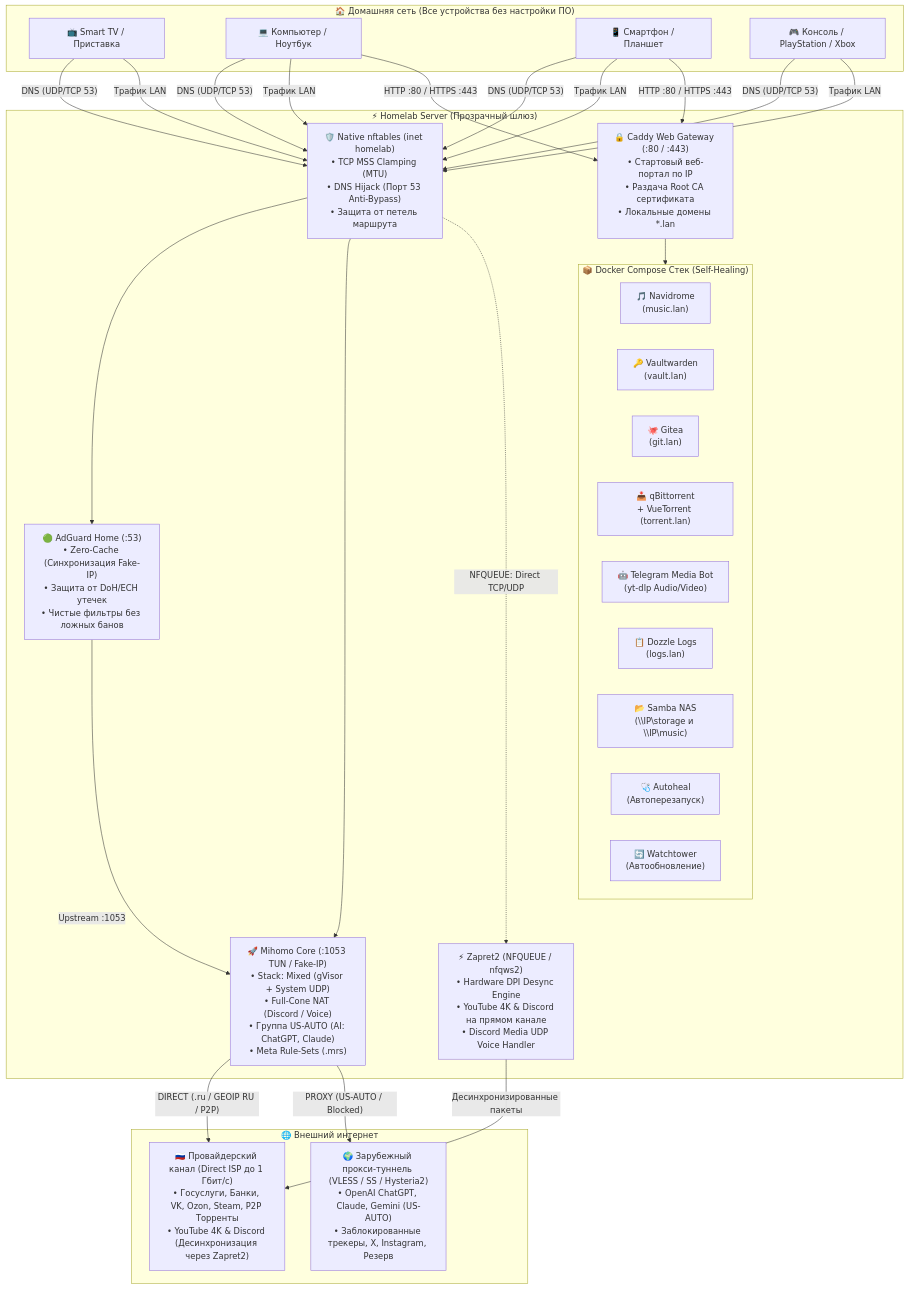
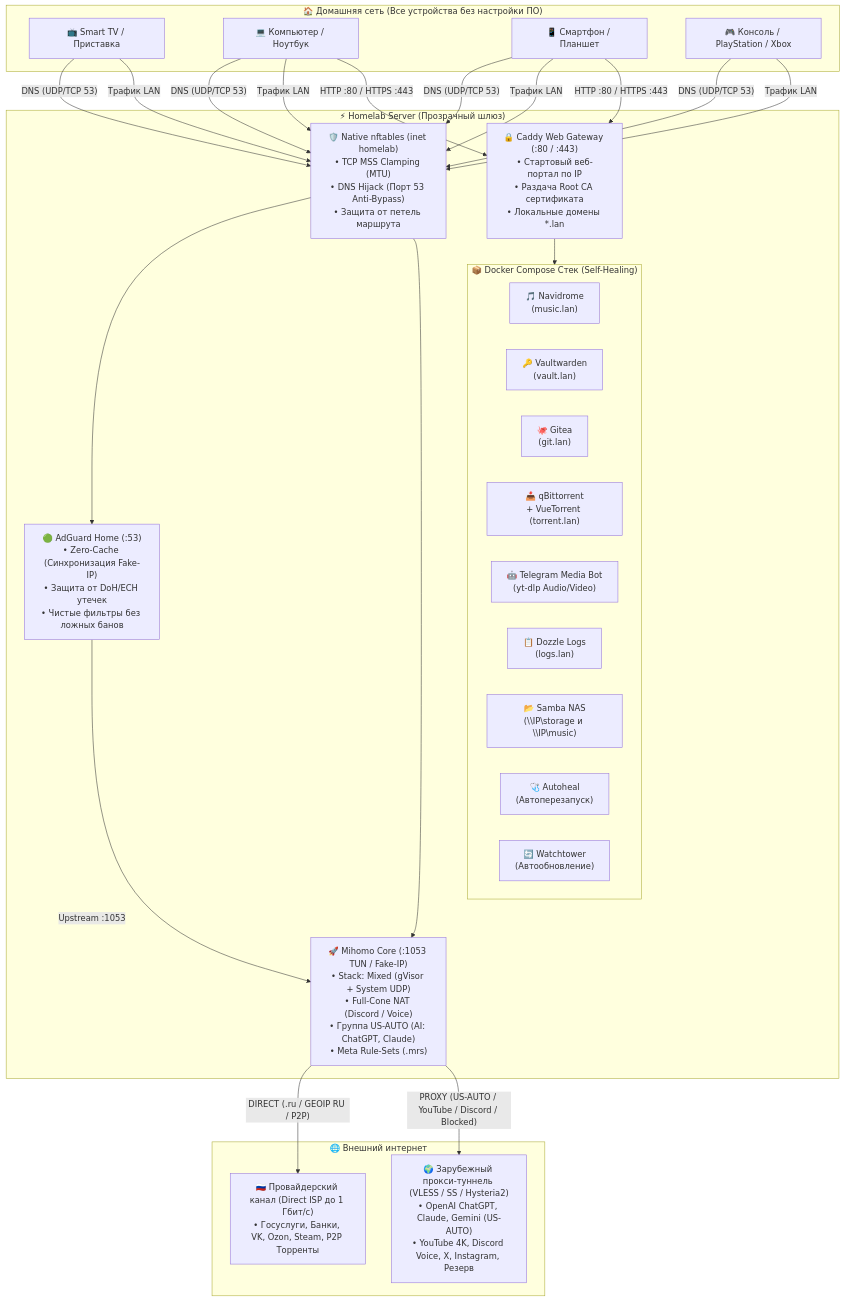
One commit to unknownpeace/Medal changed the diagram in README.md. Above: the diagram before and after it, drawn with Mermaid. The commit also changed other lines of this file and 10 other files, not shown here.

````diff
--- a/README.md
+++ b/README.md
@@ -76,53 +72,49 @@
 ```mermaid
 flowchart TD
     subgraph LAN[" 🏠 Домашняя сеть (Все устройства без настройки ПО) "]
         TV["📺 Smart TV / Приставка"]
         PC["💻 Компьютер / Ноутбук"]
         PHONE["📱 Смартфон / Планшет"]
         CONSOLE["🎮 Консоль / PlayStation / Xbox"]
     end
 
     subgraph SERVER[" ⚡ Homelab Server (Прозрачный шлюз) "]
         NFT["🛡️ Native nftables (inet homelab)<br/>• TCP MSS Clamping (MTU)<br/>• DNS Hijack (Порт 53 Anti-Bypass)<br/>• Защита от петель маршрута"]
         
         AGH["🟢 AdGuard Home (:53)<br/>• Zero-Cache (Синхронизация Fake-IP)<br/>• Защита от DoH/ECH утечек<br/>• Чистые фильтры без ложных банов"]
         
         MIHOMO["🚀 Mihomo Core (:1053 TUN / Fake-IP)<br/>• Stack: Mixed (gVisor + System UDP)<br/>• Full-Cone NAT (Discord / Voice)<br/>• Группа US-AUTO (AI: ChatGPT, Claude)<br/>• Meta Rule-Sets (.mrs)"]
-        
-        ZAPRET["⚡ Zapret2 (NFQUEUE / nfqws2)<br/>• Hardware DPI Desync Engine<br/>• YouTube 4K & Discord на прямом канале<br/>• Discord Media UDP Voice Handler"]
 
         CADDY["🔒 Caddy Web Gateway (:80 / :443)<br/>• Стартовый веб-портал по IP<br/>• Раздача Root CA сертификата<br/>• Локальные домены *.lan"]
 
         subgraph APPS[" 📦 Docker Compose Стек (Self-Healing) "]
             NAVI["🎵 Navidrome<br/>(music.lan)"]
             VW["🔑 Vaultwarden<br/>(vault.lan)"]
             GIT["🐙 Gitea<br/>(git.lan)"]
             QBIT["📥 qBittorrent<br/>+ VueTorrent (torrent.lan)"]
             BOT["🤖 Telegram Media Bot<br/>(yt-dlp Audio/Video)"]
             DOZZLE["📋 Dozzle Logs<br/>(logs.lan)"]
             SMB["📂 Samba NAS<br/>(\\IP\storage и \\IP\music)"]
             HEAL["🩺 Autoheal<br/>(Автоперезапуск)"]
             WT["🔄 Watchtower<br/>(Автообновление)"]
         end
     end
 
     subgraph INTERNET[" 🌐 Внешний интернет "]
-        DIRECT_NET["🇷🇺 Провайдерский канал (Direct ISP до 1 Гбит/с)<br/>• Госуслуги, Банки, VK, Ozon, Steam, P2P Торренты<br/>• YouTube 4K & Discord (Десинхронизация через Zapret2)"]
-        PROXY_NET["🌍 Зарубежный прокси-туннель (VLESS / SS / Hysteria2)<br/>• OpenAI ChatGPT, Claude, Gemini (US-AUTO)<br/>• Заблокированные трекеры, X, Instagram, Резерв"]
+        DIRECT_NET["🇷🇺 Провайдерский канал (Direct ISP до 1 Гбит/с)<br/>• Госуслуги, Банки, VK, Ozon, Steam, P2P Торренты"]
+        PROXY_NET["🌍 Зарубежный прокси-туннель (VLESS / SS / Hysteria2)<br/>• OpenAI ChatGPT, Claude, Gemini (US-AUTO)<br/>• YouTube 4K, Discord Voice, X, Instagram, Резерв"]
     end
 
     TV & PC & PHONE & CONSOLE -->|"DNS (UDP/TCP 53)"| NFT
     NFT --> AGH
     AGH -->|"Upstream :1053"| MIHOMO
     
     TV & PC & PHONE & CONSOLE -->|"Трафик LAN"| NFT
     NFT --> MIHOMO
-    NFT -.->|"NFQUEUE: Direct TCP/UDP"| ZAPRET
-    ZAPRET -->|"Десинхронизированные пакеты"| DIRECT_NET
 
     MIHOMO -->|"DIRECT (.ru / GEOIP RU / P2P)"| DIRECT_NET
-    MIHOMO -->|"PROXY (US-AUTO / Blocked)"| PROXY_NET
+    MIHOMO -->|"PROXY (US-AUTO / YouTube / Discord / Blocked)"| PROXY_NET
 
     PC & PHONE -->|"HTTP :80 / HTTPS :443"| CADDY
     CADDY --> APPS
 ```
````
